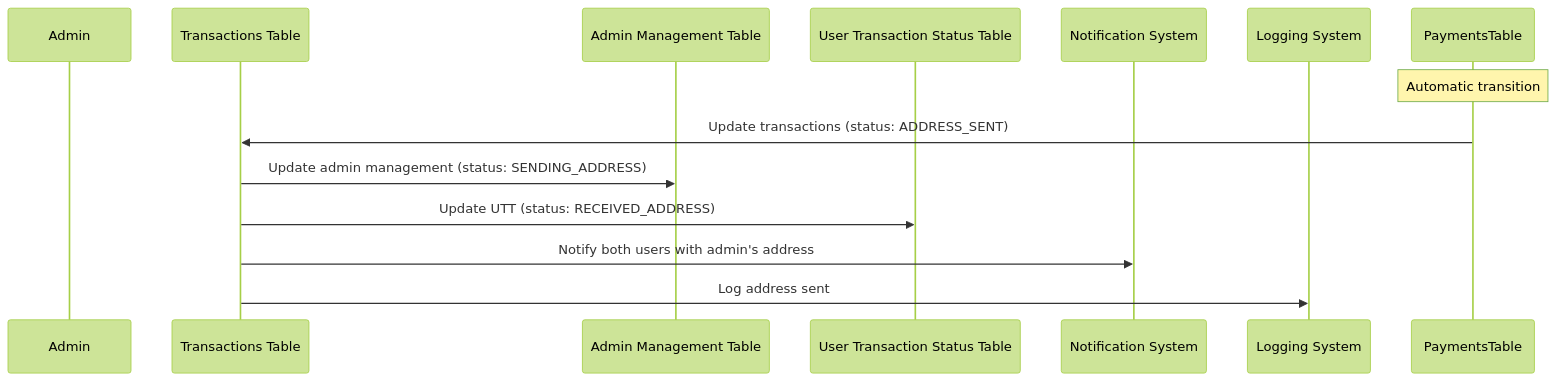
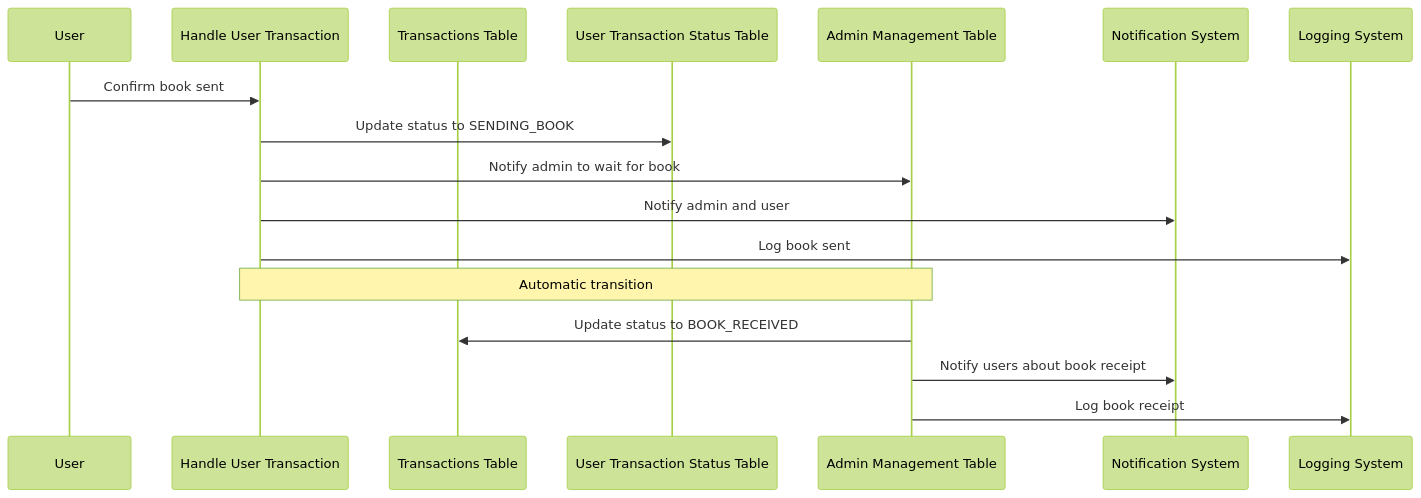
The eighth of 11 diagrams in documents/Exchange.flow.md (Loknong/book-exchange), drawn with Mermaid (forest theme) before and after one commit. The commit also changed other lines of this file, not shown here.

````diff
--- a/documents/Exchange.flow.md
+++ b/documents/Exchange.flow.md
@@ -265,16 +254,21 @@
 ```mermaid
 sequenceDiagram
-    participant Admin
+    participant User
+    participant HandleUserTransaction as Handle User Transaction
     participant TransactionsTable as Transactions Table
+    participant UserTransactionStatusTable as User Transaction Status Table
     participant AdminManagementTable as Admin Management Table
-    participant UserTransactionStatusTable as User Transaction Status Table
     participant NotificationSystem as Notification System
     participant LoggingSystem as Logging System
 
-    note over PaymentsTable: Automatic transition
-    PaymentsTable->>TransactionsTable: Update transactions (status: ADDRESS_SENT)
-    TransactionsTable->>AdminManagementTable: Update admin management (status: SENDING_ADDRESS)
-    TransactionsTable->>UserTransactionStatusTable: Update UTT (status: RECEIVED_ADDRESS)
-    TransactionsTable->>NotificationSystem: Notify both users with admin's address
-    TransactionsTable->>LoggingSystem: Log address sent
+    User->>HandleUserTransaction: Confirm book sent
+    HandleUserTransaction->>UserTransactionStatusTable: Update status to SENDING_BOOK
+    HandleUserTransaction->>AdminManagementTable: Notify admin to wait for book
+    HandleUserTransaction->>NotificationSystem: Notify admin and user
+    HandleUserTransaction->>LoggingSystem: Log book sent
+
+    note over HandleUserTransaction, AdminManagementTable: Automatic transition
+    AdminManagementTable->>TransactionsTable: Update status to BOOK_RECEIVED
+    AdminManagementTable->>NotificationSystem: Notify users about book receipt
+    AdminManagementTable->>LoggingSystem: Log book receipt
 ```
````
